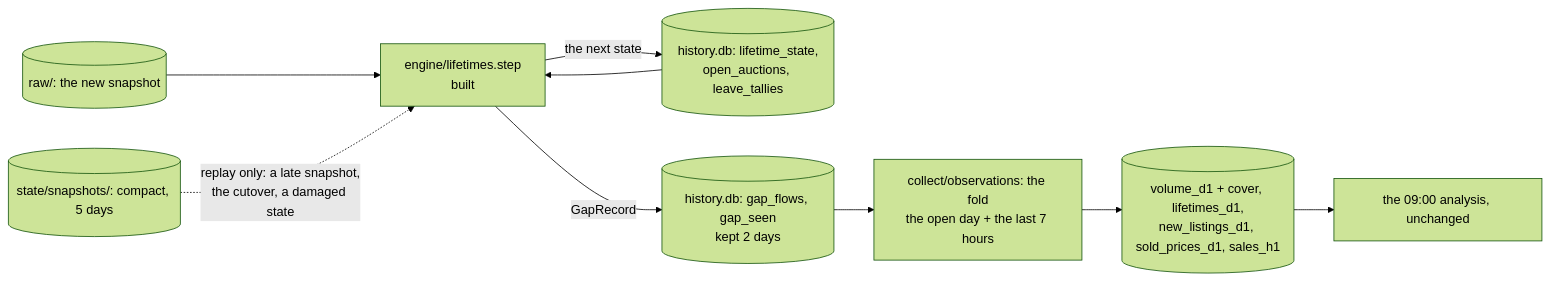
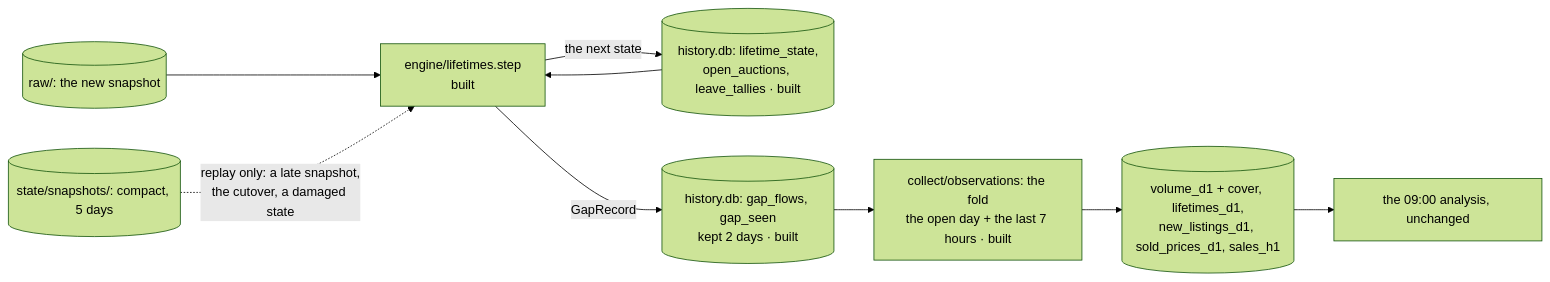
The fourth of 10 diagrams in docs/ARCHITECTURE.md (ctng1213/WowAuction), drawn with Mermaid (forest theme) before and after one commit. The commit also changed other lines of this file and 20 other files, not shown here.

First line of the commit message:
CF2: the history carries the lifetimes state and a per-gap ledger

````diff
--- a/docs/ARCHITECTURE.md
+++ b/docs/ARCHITECTURE.md
@@ -143,11 +143,11 @@
 ```mermaid
 flowchart LR
   New[(raw/: the new snapshot)] --> Step[engine/lifetimes.step<br/>built]
-  State[(history.db: lifetime_state,<br/>open_auctions, leave_tallies)] --> Step
+  State[(history.db: lifetime_state,<br/>open_auctions, leave_tallies · built)] --> Step
   Step -->|the next state| State
-  Step -->|GapRecord| Ledger[(history.db: gap_flows, gap_seen<br/>kept 2 days)]
-  Ledger --> Fold[collect/observations: the fold<br/>the open day + the last 7 hours]
+  Step -->|GapRecord| Ledger[(history.db: gap_flows, gap_seen<br/>kept 2 days · built)]
+  Ledger --> Fold[collect/observations: the fold<br/>the open day + the last 7 hours · built]
   Fold --> Rows[(volume_d1 + cover, lifetimes_d1,<br/>new_listings_d1, sold_prices_d1, sales_h1)]
   Rows --> Analysis[the 09:00 analysis, unchanged]
   Compact[(state/snapshots/: compact, 5 days)] -.replay only: a late snapshot,<br/>the cutover, a damaged state.-> Step
 ```
````
